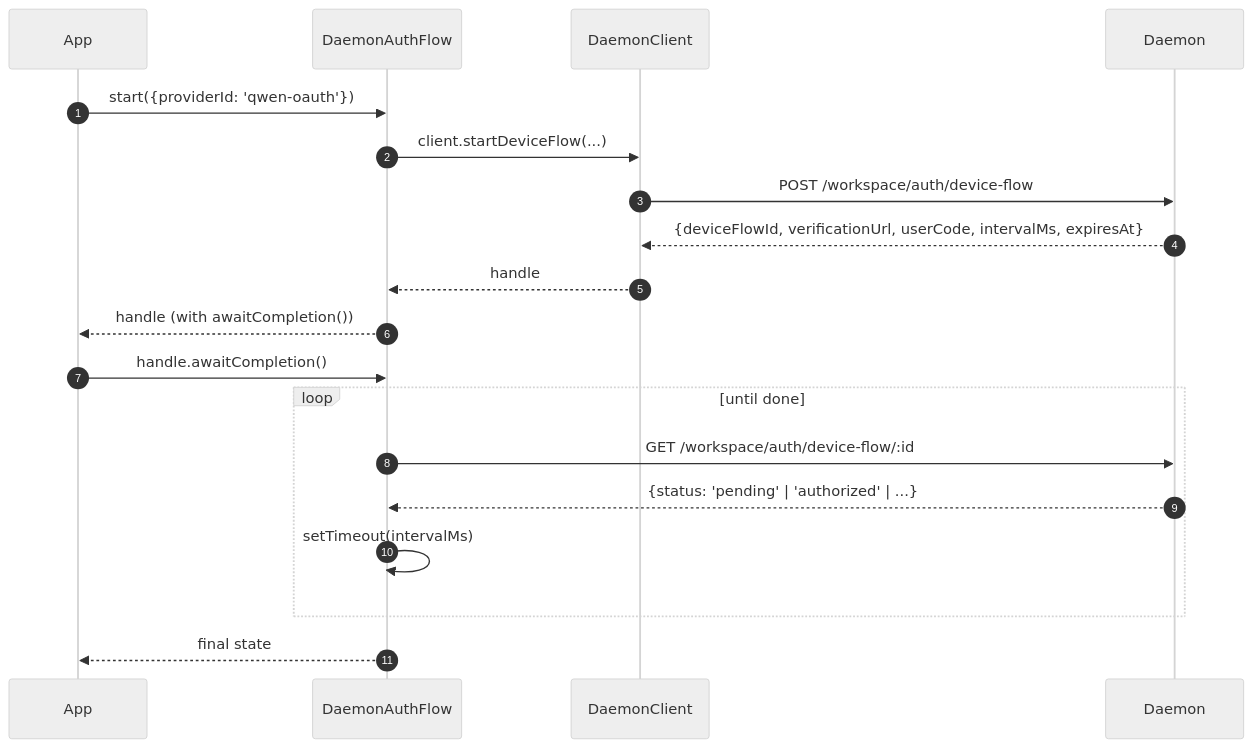
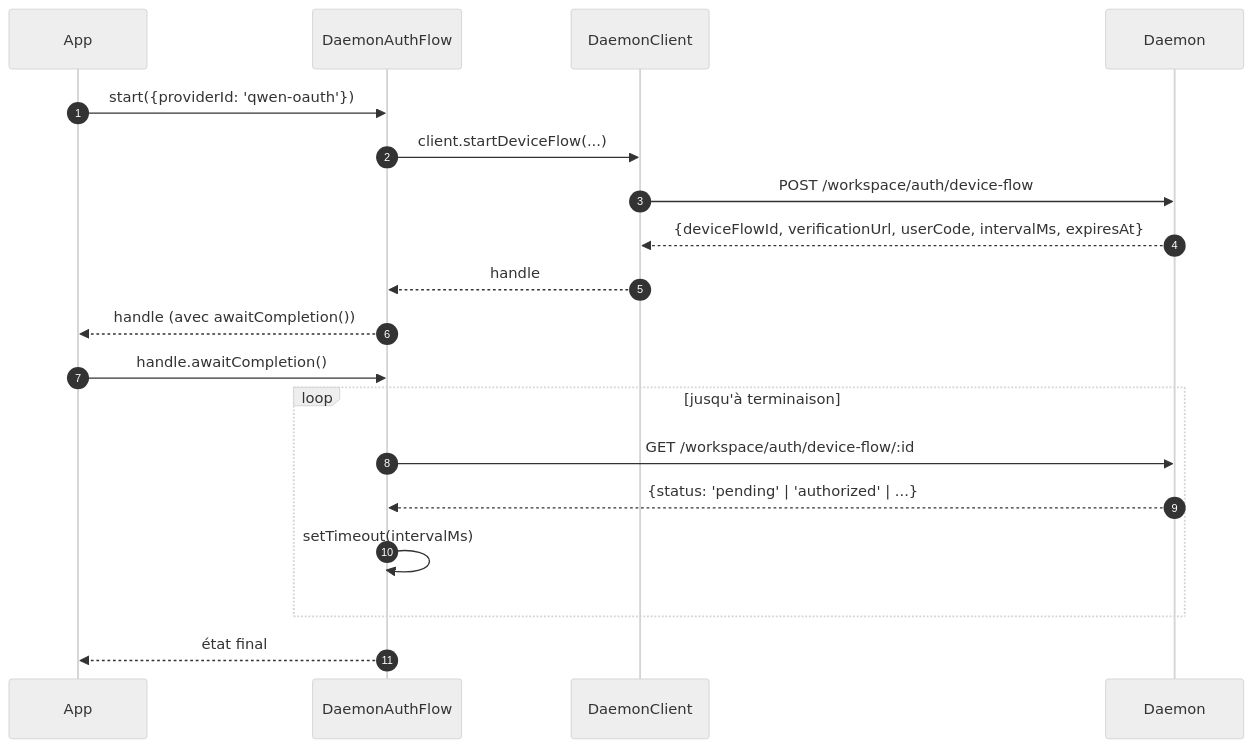
One commit to QwenLM/qwen-code-docs changed the third of 3 diagrams in website/content/fr/developers/daemon/13-sdk-daemon-client.md. Above: the diagram before and after it, drawn with Mermaid (neutral theme). The commit also changed other lines of this file and 1077 other files, not shown here.

````diff
--- a/website/content/fr/developers/daemon/13-sdk-daemon-client.md
+++ b/website/content/fr/developers/daemon/13-sdk-daemon-client.md
@@ -179,22 +181,22 @@
 ```mermaid
 sequenceDiagram
     autonumber
     participant App as App
     participant AF as DaemonAuthFlow
     participant DC as DaemonClient
     participant D as Daemon
 
     App->>AF: start({providerId: 'qwen-oauth'})
     AF->>DC: client.startDeviceFlow(...)
     DC->>D: POST /workspace/auth/device-flow
     D-->>DC: {deviceFlowId, verificationUrl, userCode, intervalMs, expiresAt}
     DC-->>AF: handle
-    AF-->>App: handle (with awaitCompletion())
+    AF-->>App: handle (avec awaitCompletion())
     App->>AF: handle.awaitCompletion()
-    loop until done
+    loop jusqu'à terminaison
         AF->>D: GET /workspace/auth/device-flow/:id
         D-->>AF: {status: 'pending' | 'authorized' | ...}
         AF->>AF: setTimeout(intervalMs)
     end
-    AF-->>App: final state
+    AF-->>App: état final
 ```
````
